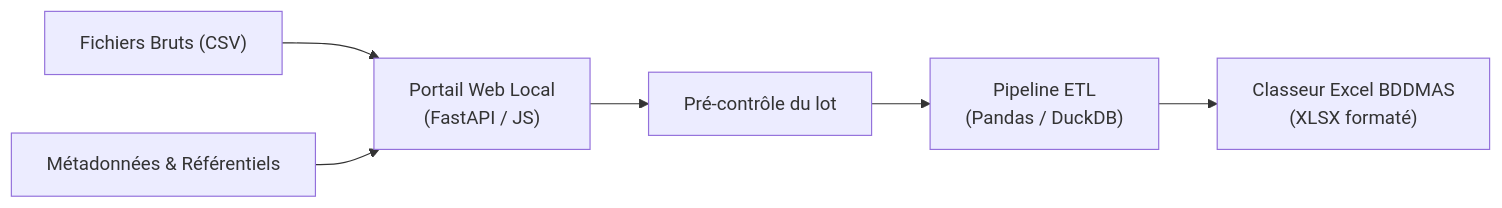
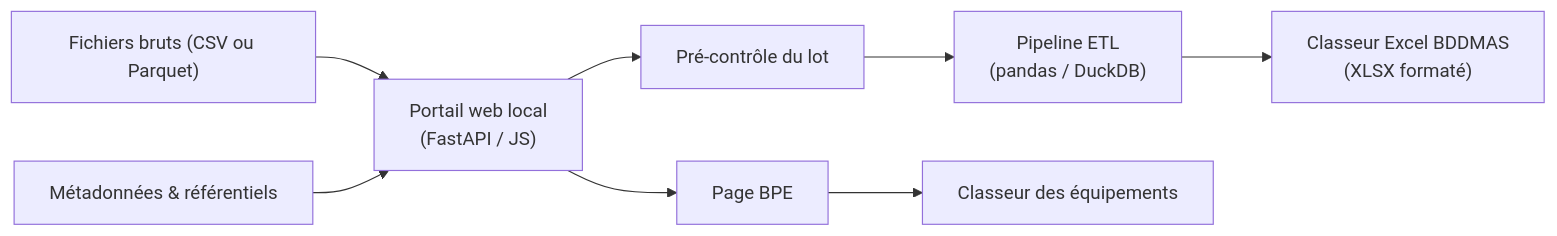
Before and after one commit to Twweetyy/ApplicationMAJ: the diagram in doc/etat_du_projet_bddmas.md, drawn with Mermaid. The commit also changed other lines of this file and 19 other files, not shown here.

````diff
--- a/doc/etat_du_projet_bddmas.md
+++ b/doc/etat_du_projet_bddmas.md
@@ -15,8 +16,9 @@
 ```mermaid
 flowchart LR
-    A["Fichiers Bruts (CSV)"] --> B["Portail Web Local\n(FastAPI / JS)"]
-    M["Métadonnées & Référentiels"] --> B
+    A["Fichiers bruts (CSV ou Parquet)"] --> B["Portail web local\n(FastAPI / JS)"]
+    M["Métadonnées & référentiels"] --> B
     B --> C["Pré-contrôle du lot"]
-    C --> D["Pipeline ETL\n(Pandas / DuckDB)"]
+    C --> D["Pipeline ETL\n(pandas / DuckDB)"]
     D --> E["Classeur Excel BDDMAS\n(XLSX formaté)"]
+    B --> F["Page BPE"] --> G["Classeur des équipements"]
 ```
````
